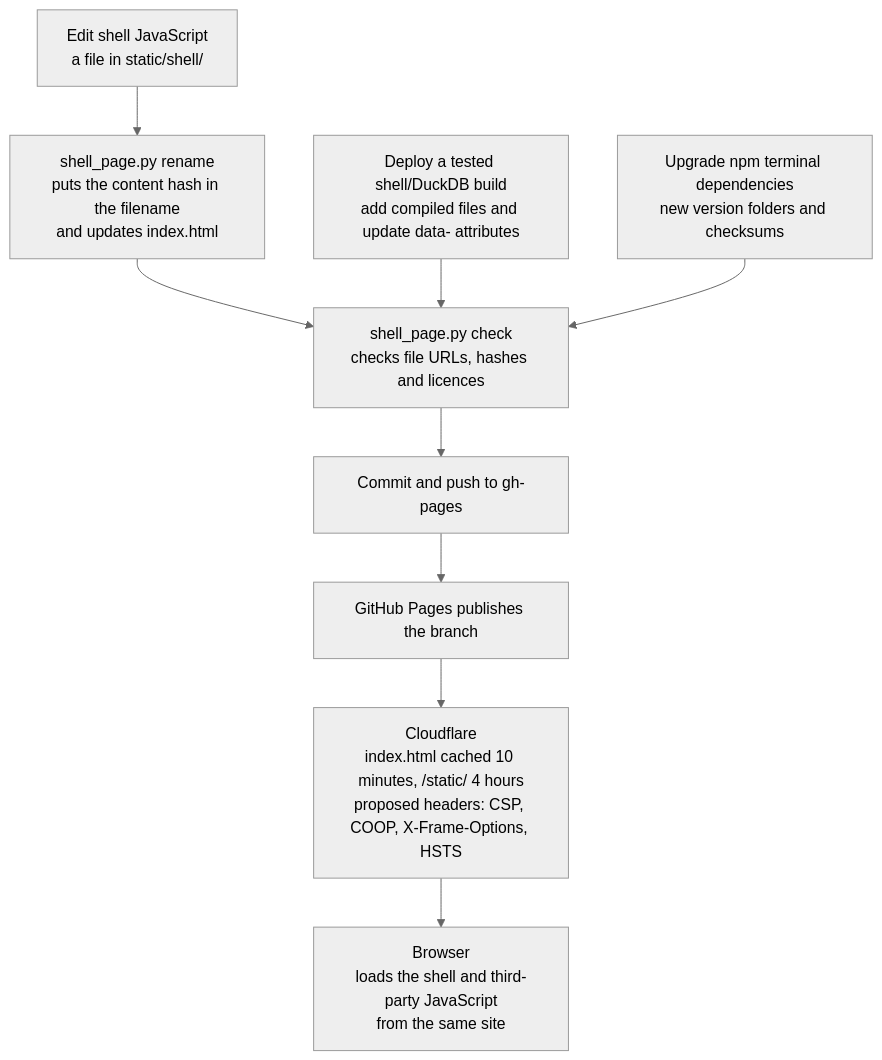
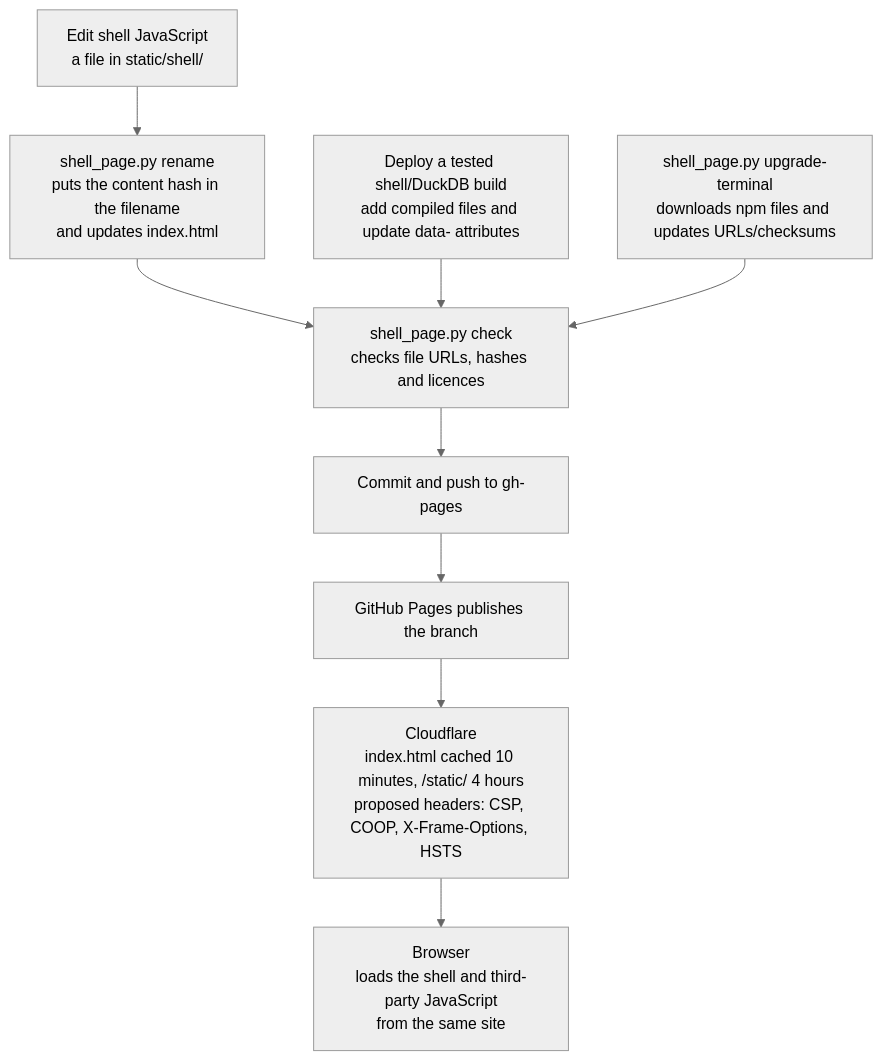
One commit to duckdb/duckdb-wasm changed the diagram in README.md. Above: the diagram before and after it, drawn with Mermaid (neutral theme). The commit also changed other lines of this file and 1 other file, not shown here.

First line of the commit message:
Add verified terminal upgrades and document CDN header rollout

````diff
--- a/README.md
+++ b/README.md
@@ -32,17 +32,17 @@
 ```mermaid
 flowchart TD
     code["Edit shell JavaScript<br/>a file in static/shell/"]
     bump["Deploy a tested shell/DuckDB build<br/>add compiled files and update data- attributes"]
-    xterm["Upgrade npm terminal dependencies<br/>new version folders and checksums"]
+    xterm["shell_page.py upgrade-terminal<br/>downloads npm files and updates URLs/checksums"]
     rename["shell_page.py rename<br/>puts the content hash in the filename<br/>and updates index.html"]
     check["shell_page.py check<br/>checks file URLs, hashes and licences"]
     push["Commit and push to gh-pages"]
     pages["GitHub Pages publishes the branch"]
     cf["Cloudflare<br/>index.html cached 10 minutes, /static/ 4 hours<br/>proposed headers: CSP, COOP, X-Frame-Options, HSTS"]
     browser["Browser<br/>loads the shell and third-party JavaScript<br/>from the same site"]
 
     code --> rename --> check
     bump --> check
     xterm --> check
     check --> push --> pages --> cf --> browser
 ```
````
